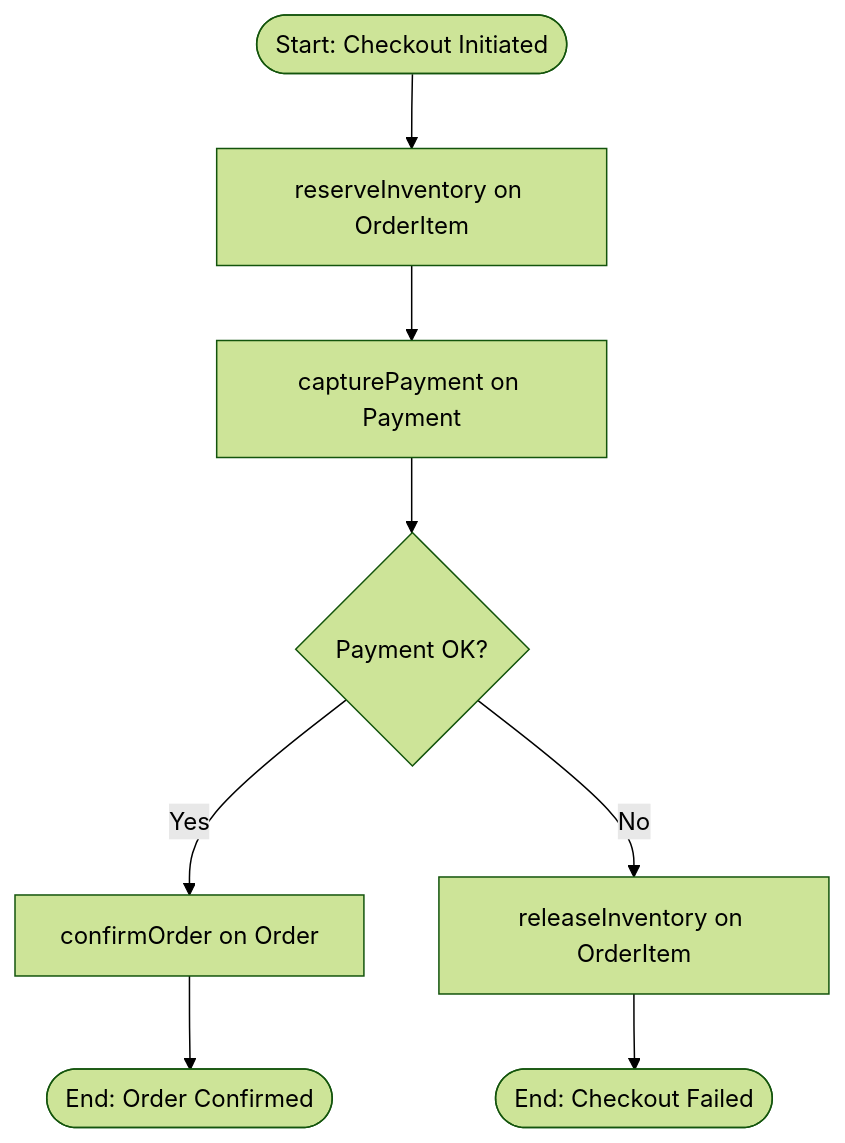
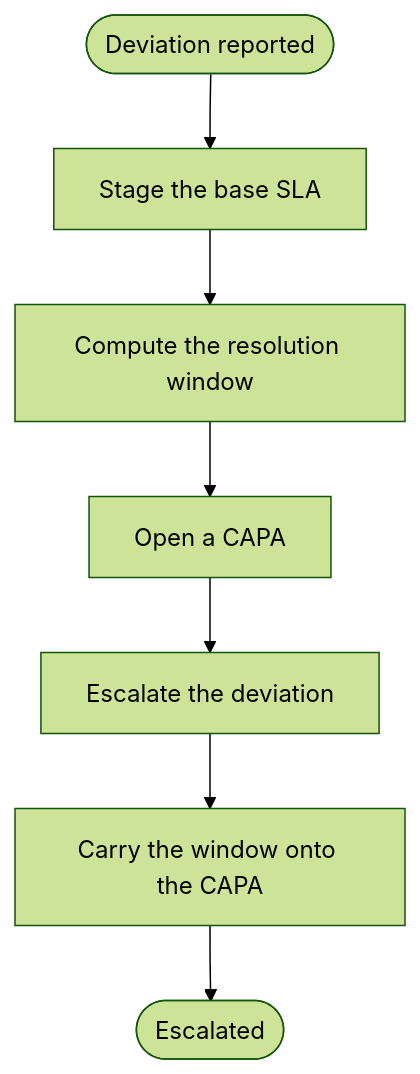
One commit to businessappwithai/app-with-ai-tanstack changed the third of 3 diagrams in language/spec/03-workflows.md. Above: the diagram before and after it, drawn with Mermaid (forest theme). The commit also changed other lines of this file and 24 other files, not shown here.

````diff
--- a/language/spec/03-workflows.md
+++ b/language/spec/03-workflows.md
@@ -179,18 +248,18 @@
 ```mermaid
-%%meta name: Checkout Saga
+%%meta name: Critical Deviation Escalation
 %%meta kind: workflow
-%%workflow CheckoutSaga entity: Order kind: saga
+%%workflow CriticalDeviationEscalation entity: DeviationReport kind: saga trigger: rule
 flowchart TD
-    A([Start: Checkout Initiated]) --> B[reserveInventory on OrderItem]
-    B --> C[capturePayment on Payment]
-    C --> D{Payment OK?}
-    D -->|Yes| E[confirmOrder on Order]
-    D -->|No| F[releaseInventory on OrderItem]
-    E --> G([End: Order Confirmed])
-    F --> H([End: Checkout Failed])
+    A([Deviation reported]) --> B[Stage the base SLA]
+    B --> C[Compute the resolution window]
+    C --> D[Open a CAPA]
+    D --> E[Escalate the deviation]
+    E --> F[Carry the window onto the CAPA]
+    F --> G([Escalated])
 
-    %%hook beforeCreate reserveInventory on OrderItem
-    %%hook afterCreate capturePayment on Payment
-    %%hook afterUpdate confirmOrder on Order
-    %%hook afterDelete releaseInventory on OrderItem
+    %%step B Formula target: baseDays operation: set value: 3
+    %%step C Formula target: resolutionDays source: baseDays operation: multiply operand: 7
+    %%step D CreateEntity entity: Capa as: newCapaId fields: {"title":"CAPA for critical deviation","status":"open"}
+    %%step E UpdateEntity field: status value: escalated
+    %%step F UpdateEntity entity: Capa targetSource: newCapaId field: effectiveness_metric source: resolutionDays
 ```
````
